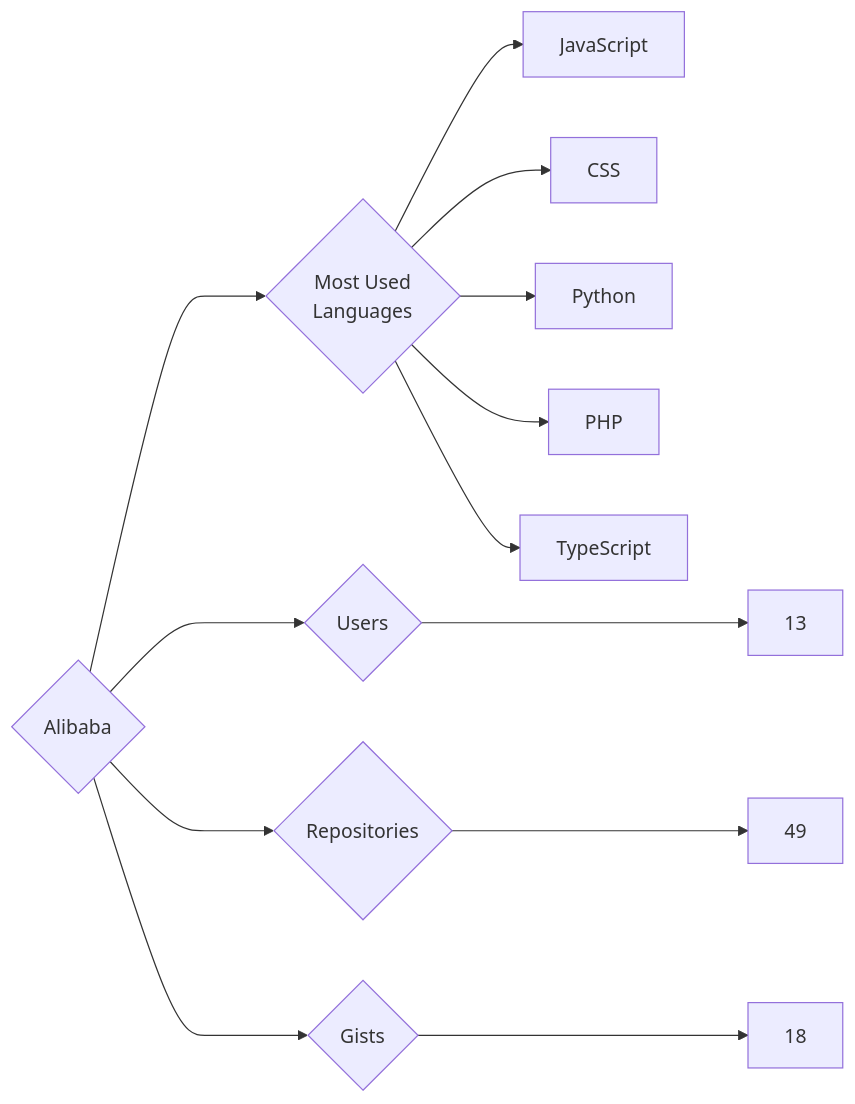
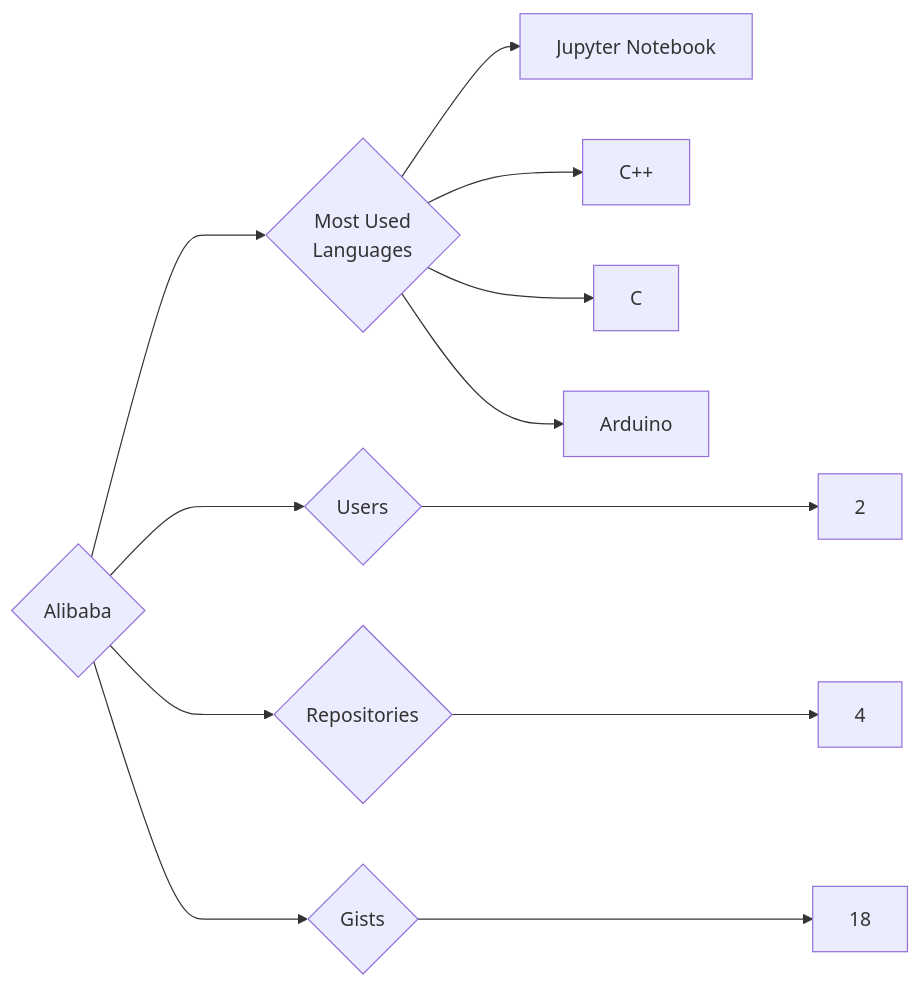
The diagram in targets/Alibaba/README.md (trickest/insiders), drawn with Mermaid before and after one commit. The commit also changed 618 other files, not shown here.

````diff
--- a/targets/Alibaba/README.md
+++ b/targets/Alibaba/README.md
@@ -3,13 +3,12 @@
 ```mermaid
 graph LR
 COMPANY_NAME{Alibaba}
-COMPANY_NAME ---> U{Users} ---> UN[13]
-COMPANY_NAME ---> R{Repositories} ---> RN[49]
+COMPANY_NAME ---> U{Users} ---> UN[2]
+COMPANY_NAME ---> R{Repositories} ---> RN[4]
 COMPANY_NAME ---> G{Gists} ---> GN[18]
 COMPANY_NAME ---> ML{Most Used<br>Languages}
-ML --> JavaScript[JavaScript]
-ML --> CSS[CSS]
-ML --> Python[Python]
-ML --> PHP[PHP]
-ML --> TypeScript[TypeScript]
+ML --> Jupyter_Notebook[Jupyter Notebook]
+ML --> C++[C++]
+ML --> C[C]
+ML --> Arduino[Arduino]
 ```
````
